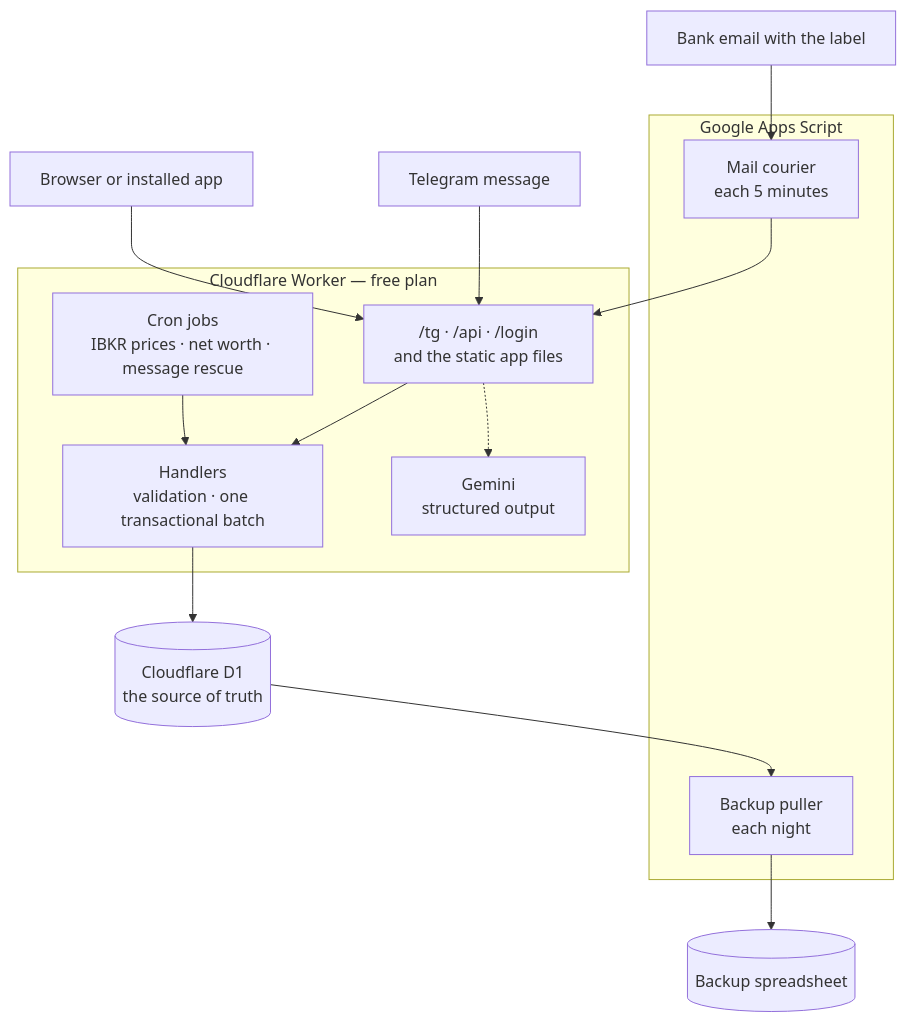
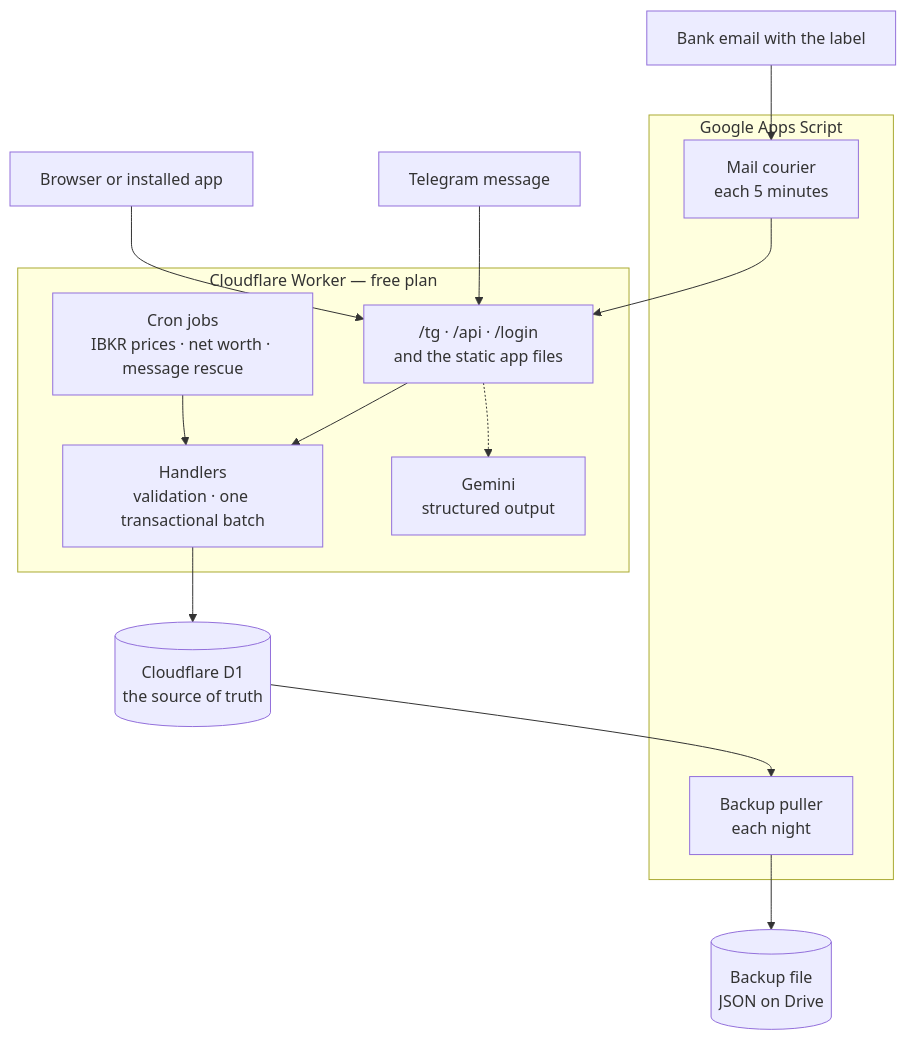
The diagram in README.md (akaNiknok/FinanceTracker), drawn with Mermaid before and after one commit. The commit also changed other lines of this file and 14 other files, not shown here.

````diff
--- a/README.md
+++ b/README.md
@@ -25,31 +25,31 @@
 ```mermaid
 flowchart TB
     TG["Telegram message"]
     BR["Browser or installed app"]
     ML["Bank email with the label"]
 
     subgraph CF["Cloudflare Worker — free plan"]
         WK["/tg · /api · /login<br/>and the static app files"]
         SV["Handlers<br/>validation · one transactional batch"]
         JB["Cron jobs<br/>IBKR prices · net worth · message rescue"]
         AI["Gemini<br/>structured output"]
     end
 
     subgraph GS["Google Apps Script"]
         CR["Mail courier<br/>each 5 minutes"]
         BK["Backup puller<br/>each night"]
     end
 
     DB[("Cloudflare D1<br/>the source of truth")]
-    SS[("Backup spreadsheet")]
+    SS[("Backup file<br/>JSON on Drive")]
 
     TG --> WK
     BR --> WK
     ML --> CR
     CR --> WK
     WK --> SV
     JB --> SV
     WK -.-> AI
     SV --> DB
     DB --> BK --> SS
 ```
````
